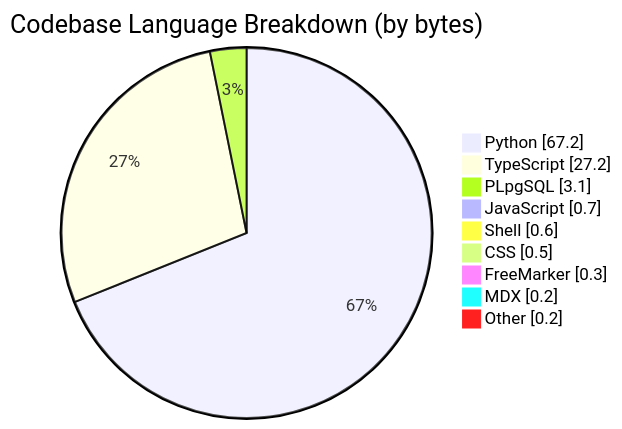
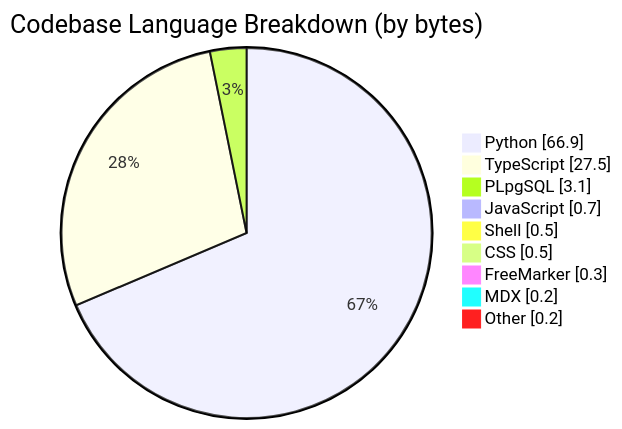
Before and after one commit to CSTH-Projects/.github: the third of 4 diagrams in profile/README.md, drawn with Mermaid. The commit also changed other lines of this file, not shown here.

````diff
--- a/profile/README.md
+++ b/profile/README.md
@@ -63,13 +63,13 @@
 ```mermaid
 pie showData
     title Codebase Language Breakdown (by bytes)
-    "Python" : 67.2
-    "TypeScript" : 27.2
+    "Python" : 66.9
+    "TypeScript" : 27.5
     "PLpgSQL" : 3.1
     "JavaScript" : 0.7
-    "Shell" : 0.6
+    "Shell" : 0.5
     "CSS" : 0.5
     "FreeMarker" : 0.3
     "MDX" : 0.2
     "Other" : 0.2
 ```
````
